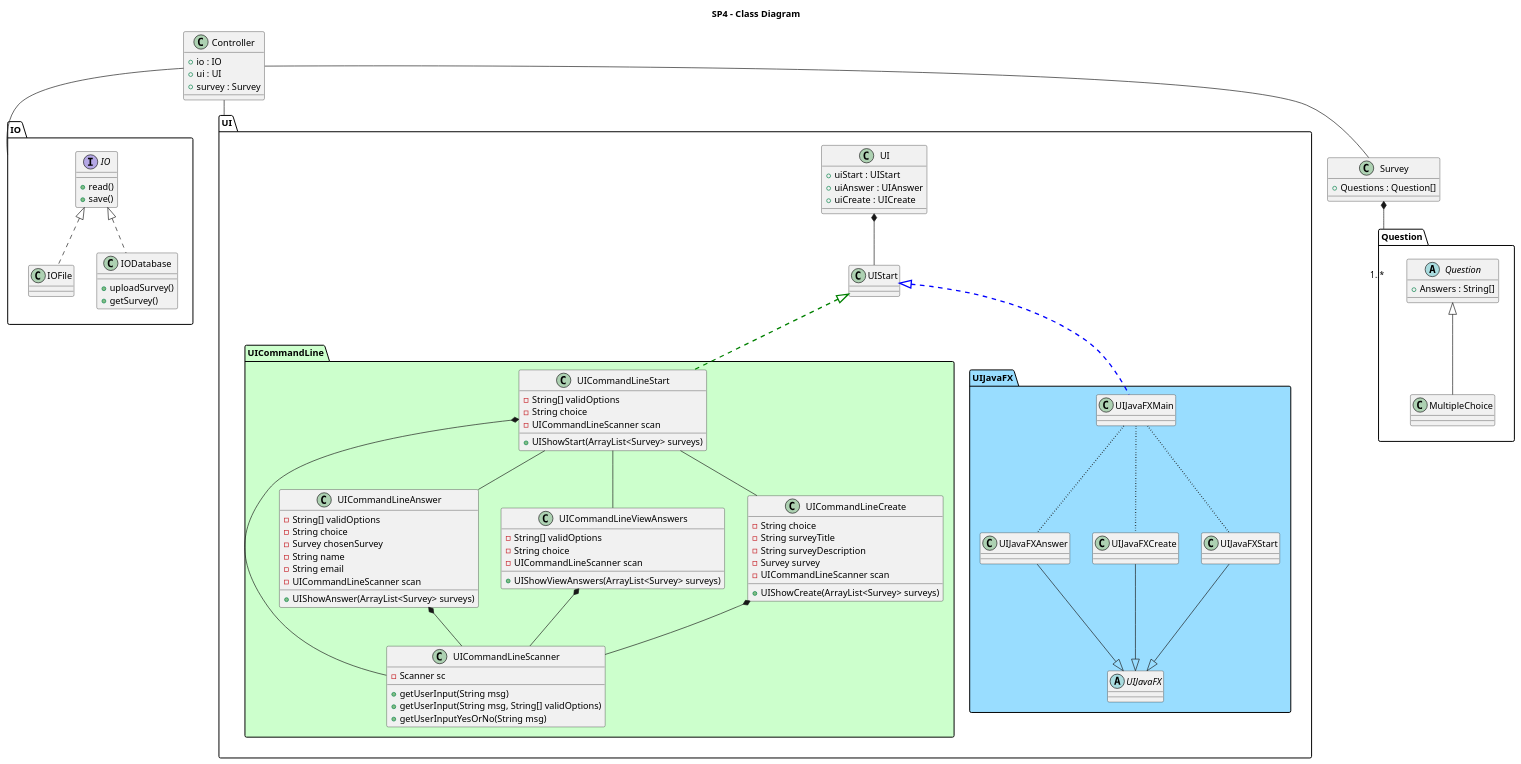
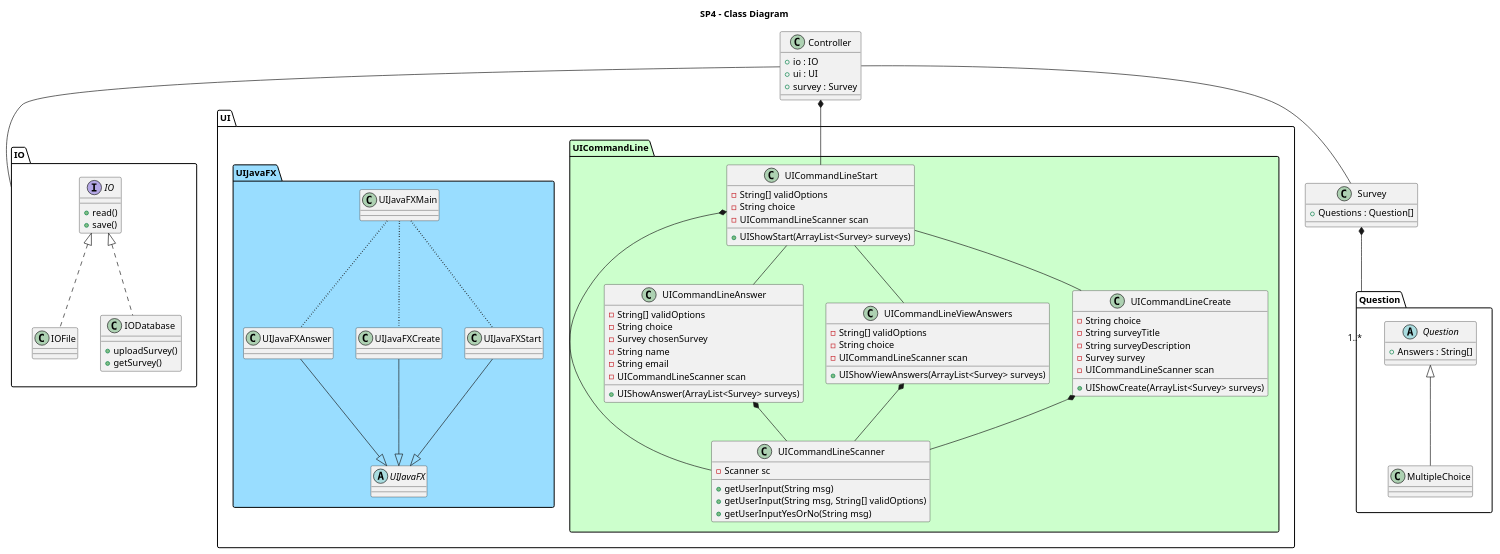
Before and after one commit to DeRp-DaWg/SP4: the diagram in doc/Class Diagram.puml, drawn with PlantUML. The commit also changed 4 other files, not shown here.

Commit message:
removed unused ui interfaces and updated class diagram v2

```diff
--- a/doc/Class Diagram.puml
+++ b/doc/Class Diagram.puml
@@ -1,147 +1,138 @@
 @startuml
 'https://plantuml.com/class-diagram
 title SP4 - Class Diagram
 
 package Question {
     abstract class Question {
         + Answers : String[]
     }
 
     class MultipleChoice {
     }
 
     'class CheckboxChoice {'
     '}'
 
     Question <|-- MultipleChoice
     'Question <|-- CheckboxChoice'
 }
 
 class Survey {
     + Questions : Question[]
 }
 
 Survey *--"1..*" Question
 
 
 package IO {
     interface IO {
         + read()
         + save()
     }
 
     class IOFile {
     }
 
     class IODatabase {
         + uploadSurvey()
         + getSurvey()
     }
 
     IO <|.. IOFile
     IO <|.. IODatabase
 }
 
 package UI {
-    class UI {
-        + uiStart : UIStart
-        + uiAnswer : UIAnswer
-        + uiCreate : UICreate
-    }
-
-    UI *-- UIStart
 
  package UICommandLine #CCFFCC {
          class UICommandLineScanner {
               -Scanner sc
 
               +getUserInput(String msg)
               +getUserInput(String msg, String[] validOptions)
               +getUserInputYesOrNo(String msg)
 
          }
          class UICommandLineStart {
                -String[] validOptions
                -String choice
                -UICommandLineScanner scan
 
                 +UIShowStart(ArrayList<Survey> surveys)
          }
          class UICommandLineAnswer {
               -String[] validOptions
               -String choice
               -Survey chosenSurvey
               -String name
               -String email
               -UICommandLineScanner scan
 
               +UIShowAnswer(ArrayList<Survey> surveys)
 
          }
                  class UICommandLineViewAnswers {
                       -String[] validOptions
                       -String choice
                       -UICommandLineScanner scan
 
                       +UIShowViewAnswers(ArrayList<Survey> surveys)
 
                  }
          class UICommandLineCreate {
                 -String choice
                 -String surveyTitle
                 -String surveyDescription
                 -Survey survey
                 -UICommandLineScanner scan
 
                 +UIShowCreate(ArrayList<Survey> surveys)
          }
          UICommandLineStart -- UICommandLineCreate
          UICommandLineStart -- UICommandLineAnswer
          UICommandLineStart -- UICommandLineViewAnswers
          UICommandLineStart *-- UICommandLineScanner
          UICommandLineAnswer *-- UICommandLineScanner
          UICommandLineViewAnswers *-- UICommandLineScanner
          UICommandLineCreate *-- UICommandLineScanner
  		}
     package UIJavaFX #99DDFF {
         class UIJavaFXMain {
         }
         abstract class UIJavaFX {
         }
         class UIJavaFXStart {
         }
         class UIJavaFXAnswer {
         }
         class UIJavaFXCreate {
         }
         UIJavaFXStart --|> UIJavaFX
         UIJavaFXAnswer --|> UIJavaFX
         UIJavaFXCreate --|> UIJavaFX
         UIJavaFXMain -[dotted,thickness=2]- UIJavaFXStart
         UIJavaFXMain -[dotted,thickness=2]- UIJavaFXAnswer
         UIJavaFXMain -[dotted,thickness=2]- UIJavaFXCreate
 
         'Ignore the four lines below, their only purpose is to center UIJavaFXMain'
         hiddenhidden -- UIJavaFXStart
         UIJavaFXAnswerr -- UIJavaFXAnswer
         hide hiddenhidden
         hide UIJavaFXAnswerr
 
     }
-    UIStart <|..[#green,thickness=2] UICommandLineStart
-    UIStart <|..[#blue,thickness=2] UIJavaFXMain
 
 }
 
 class Controller {
     + io : IO
     + ui : UI
     + survey : Survey
 }
 
 Controller -- Survey
 Controller -- IO
-Controller -- UI
+Controller *-- UICommandLineStart
 
 
 @enduml
```
